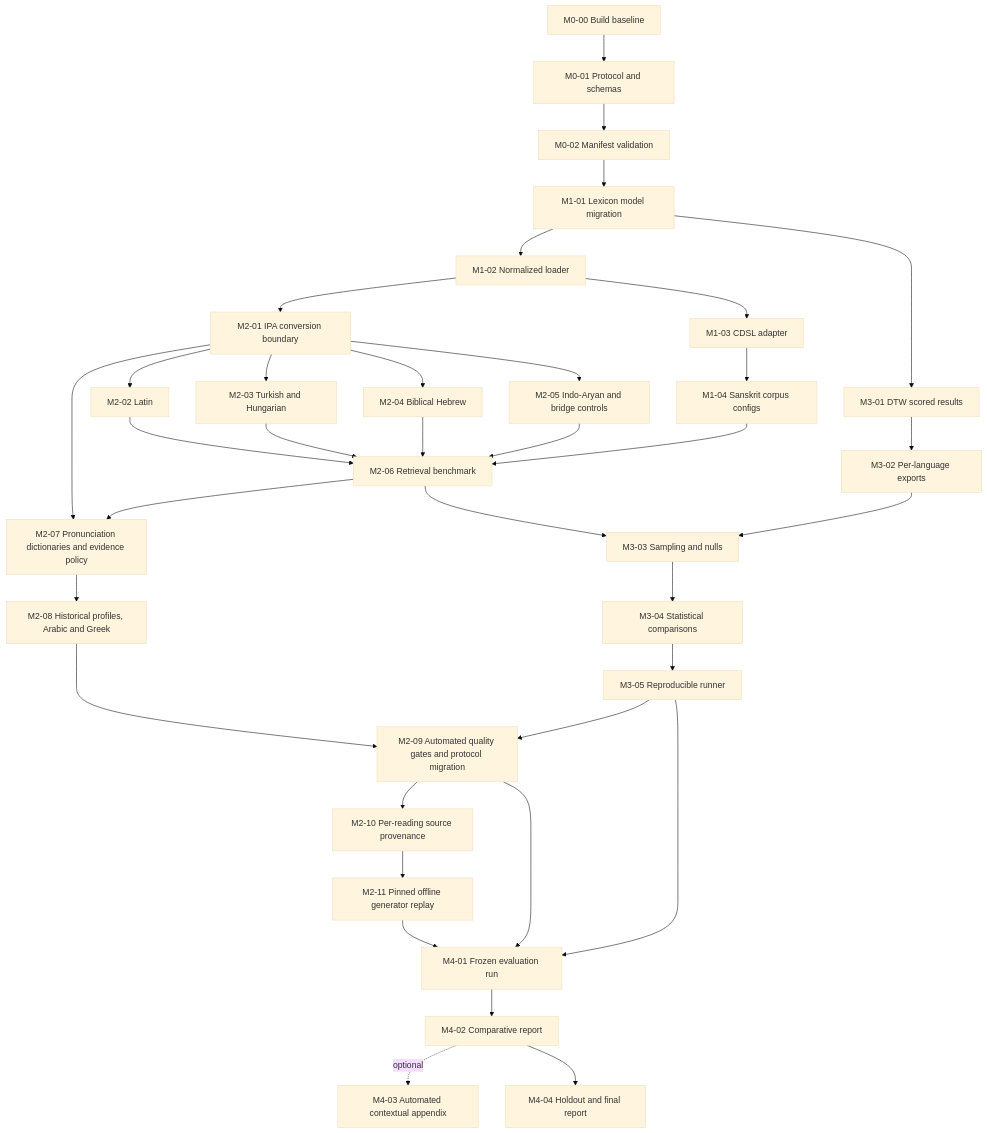
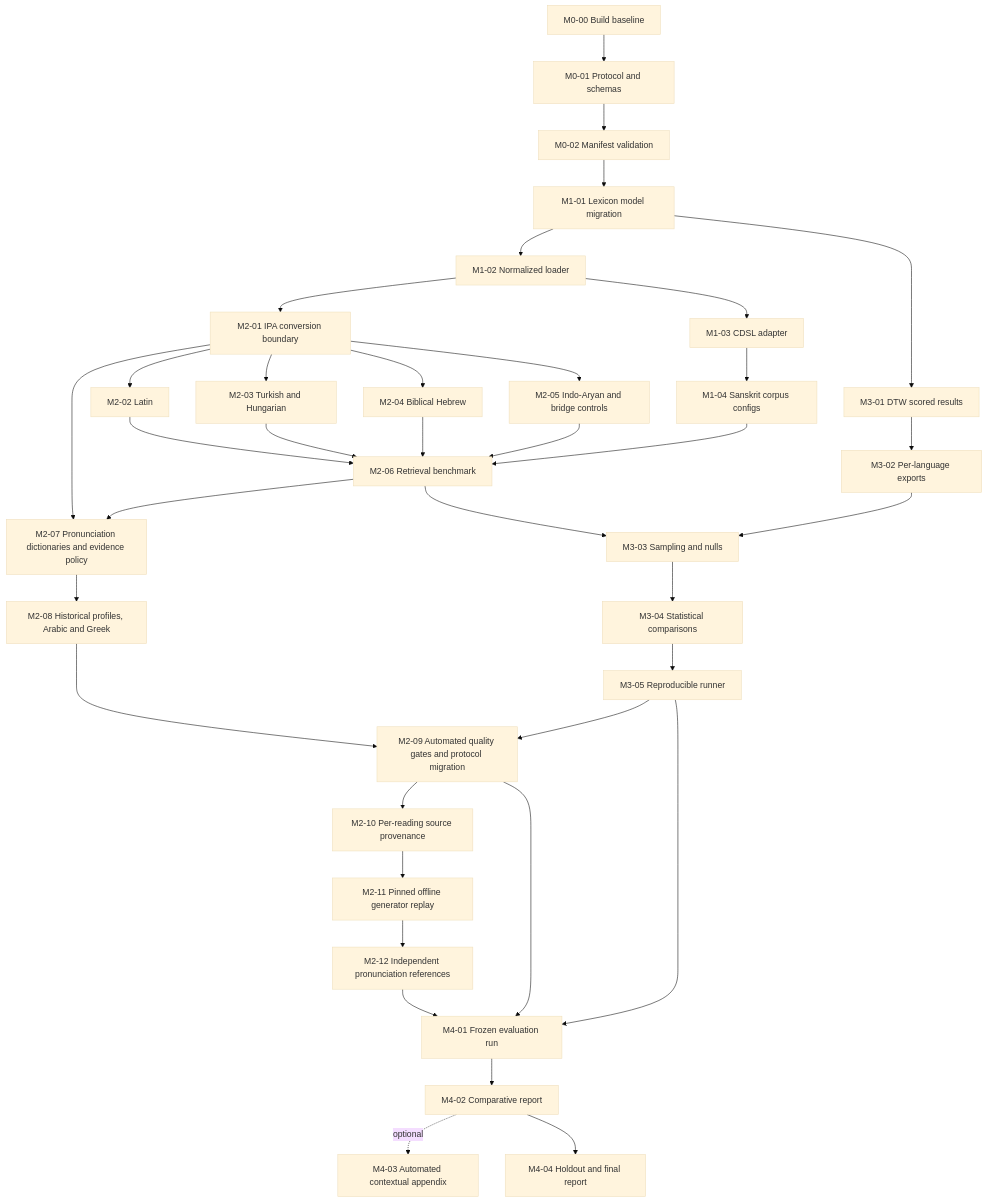
Before and after one commit to chalcolith/enochian: the diagram in docs/milestone-pr-specs.md, drawn with Mermaid (base theme). The commit also changed other lines of this file and 19 other files, not shown here.

First line of the commit message:
Audit independent pronunciation references

````diff
--- a/docs/milestone-pr-specs.md
+++ b/docs/milestone-pr-specs.md
@@ -66,38 +66,39 @@
 ```mermaid
 flowchart TD
     M000[M0-00 Build baseline] --> M001[M0-01 Protocol and schemas]
     M001 --> M002[M0-02 Manifest validation]
     M002 --> M101[M1-01 Lexicon model migration]
     M101 --> M102[M1-02 Normalized loader]
     M102 --> M103[M1-03 CDSL adapter]
     M103 --> M104[M1-04 Sanskrit corpus configs]
     M102 --> M201[M2-01 IPA conversion boundary]
     M201 --> M202[M2-02 Latin]
     M201 --> M203[M2-03 Turkish and Hungarian]
     M201 --> M204[M2-04 Biblical Hebrew]
     M201 --> M205[M2-05 Indo-Aryan and bridge controls]
     M202 --> M206[M2-06 Retrieval benchmark]
     M203 --> M206
     M204 --> M206
     M205 --> M206
     M104 --> M206
     M101 --> M301[M3-01 DTW scored results]
     M301 --> M302[M3-02 Per-language exports]
     M206 --> M303[M3-03 Sampling and nulls]
     M302 --> M303
     M303 --> M304[M3-04 Statistical comparisons]
     M304 --> M305[M3-05 Reproducible runner]
     M201 --> M207[M2-07 Pronunciation dictionaries and evidence policy]
     M206 --> M207
     M207 --> M208[M2-08 Historical profiles, Arabic and Greek]
     M208 --> M209[M2-09 Automated quality gates and protocol migration]
     M305 --> M209
     M209 --> M210[M2-10 Per-reading source provenance]
     M210 --> M211[M2-11 Pinned offline generator replay]
-    M211 --> M401
+    M211 --> M212[M2-12 Independent pronunciation references]
+    M212 --> M401
     M209 --> M401
     M305 --> M401[M4-01 Frozen evaluation run]
     M401 --> M402[M4-02 Comparative report]
     M402 -. optional .-> M403[M4-03 Automated contextual appendix]
     M402 --> M404[M4-04 Holdout and final report]
 ```
````
